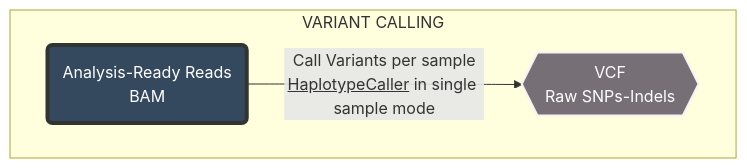
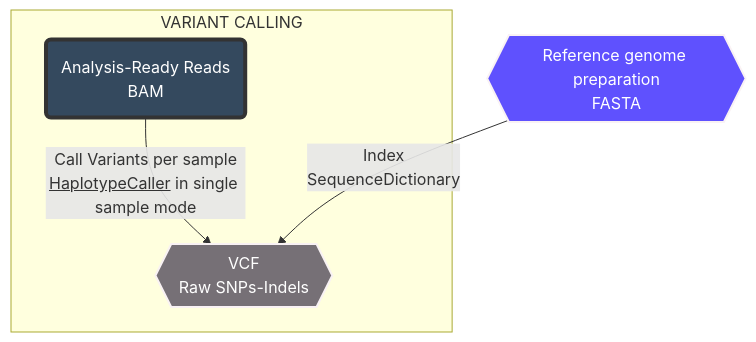
The first of 3 diagrams in variant_calling_filtering/variant_calling_filtering.md (ducminhnguyenle/NGS3_Variant_Discovery), drawn with Mermaid before and after one commit.

Commit message:
Update workflow for HaplotypeCaller

````diff
--- a/variant_calling_filtering/variant_calling_filtering.md
+++ b/variant_calling_filtering/variant_calling_filtering.md
@@ -22,8 +22,11 @@
 ```mermaid
 flowchart TD
     subgraph VARIANT CALLING
     A("Analysis-Ready Reads<br>BAM") -- "Call Variants per sample<br><u>HaplotypeCaller</u> in single sample mode" --> B{{"VCF<br>Raw SNPs-Indels"}}
     style A fill:#34495e,stroke:#333,stroke-width:4px,color:#fff
     style B fill:#767076,stroke:#F9F2F4,stroke-width:2px,color:#fff
     end
+    C{{"Reference genome preparation<br>FASTA"}} --"Index\nSequenceDictionary"--> B
+    style C fill:#5f51fe,stroke:#F9F2F4,stroke-width:2px,color:#fff
+
 ```
````
